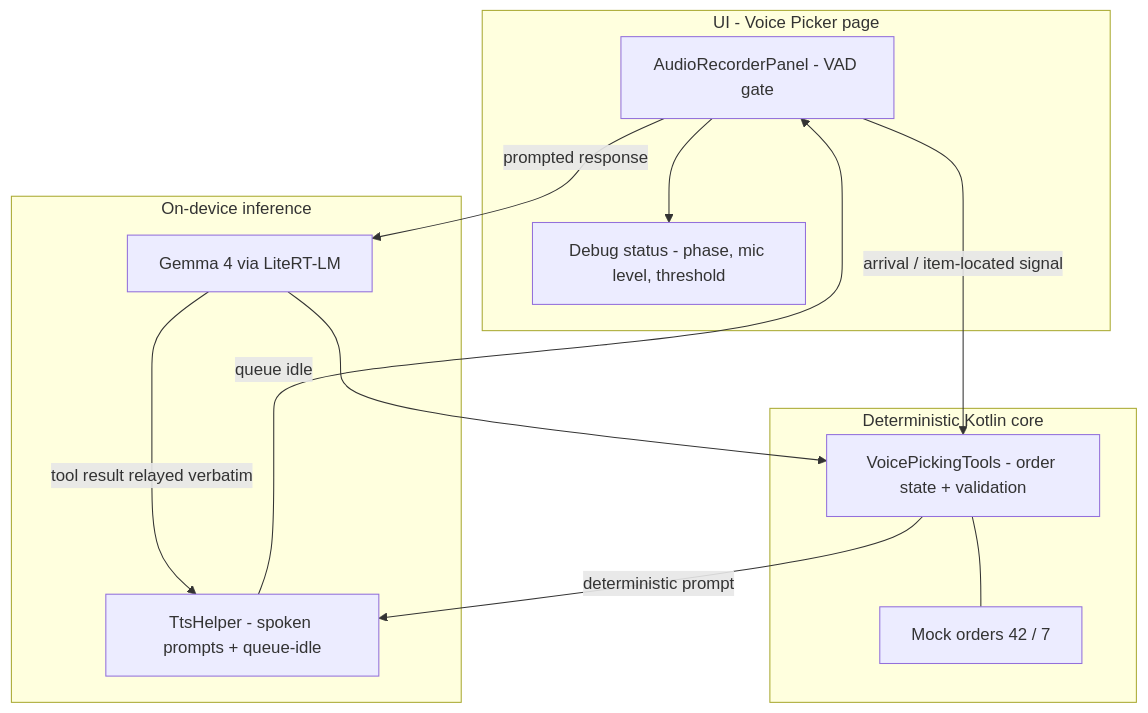
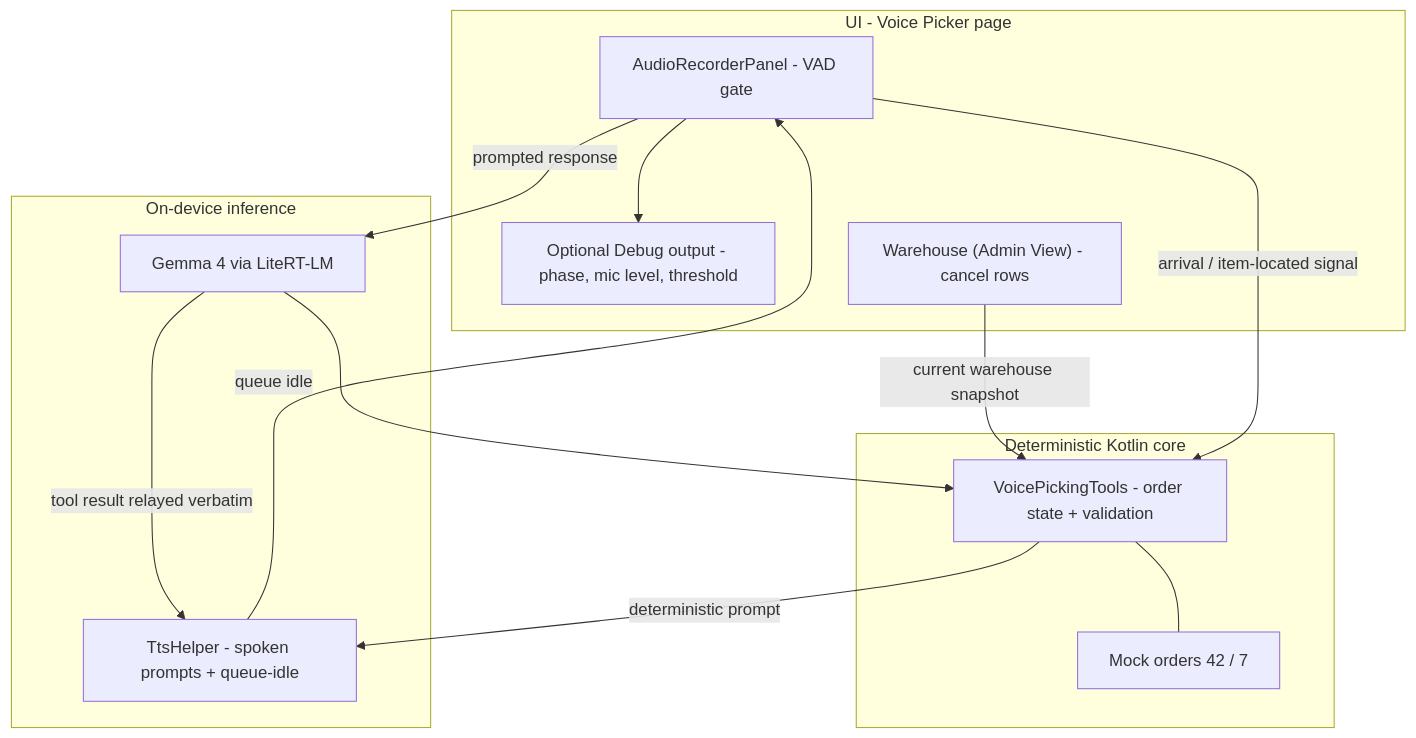
The first of 3 diagrams in Android/docs/voice-picking-demo.md (rahullokesh/gallery), drawn with Mermaid before and after one commit. The commit also changed other lines of this file and 1 other file, not shown here.

````diff
--- a/Android/docs/voice-picking-demo.md
+++ b/Android/docs/voice-picking-demo.md
@@ -16,26 +21,28 @@
 ```mermaid
 flowchart TB
   subgraph UI["UI - Voice Picker page"]
     VAD["AudioRecorderPanel - VAD gate"]
-    DEBUG["Debug status - phase, mic level, threshold"]
+    DEBUG["Optional Debug output - phase, mic level, threshold"]
+    ADMIN["Warehouse (Admin View) - cancel rows"]
   end
 
   subgraph CORE["Deterministic Kotlin core"]
     STATE["VoicePickingTools - order state + validation"]
     DATA["Mock orders 42 / 7"]
   end
 
   subgraph AI["On-device inference"]
     GEMMA["Gemma 4 via LiteRT-LM"]
     TTS["TtsHelper - spoken prompts + queue-idle"]
   end
 
   VAD --> DEBUG
+  ADMIN -- "current warehouse snapshot" --> STATE
   VAD -- "prompted response" --> GEMMA
   VAD -- "arrival / item-located signal" --> STATE
   GEMMA --> STATE
   STATE --- DATA
   STATE -- "deterministic prompt" --> TTS
   GEMMA -- "tool result relayed verbatim" --> TTS
   TTS -- "queue idle" --> VAD
 ```
````
